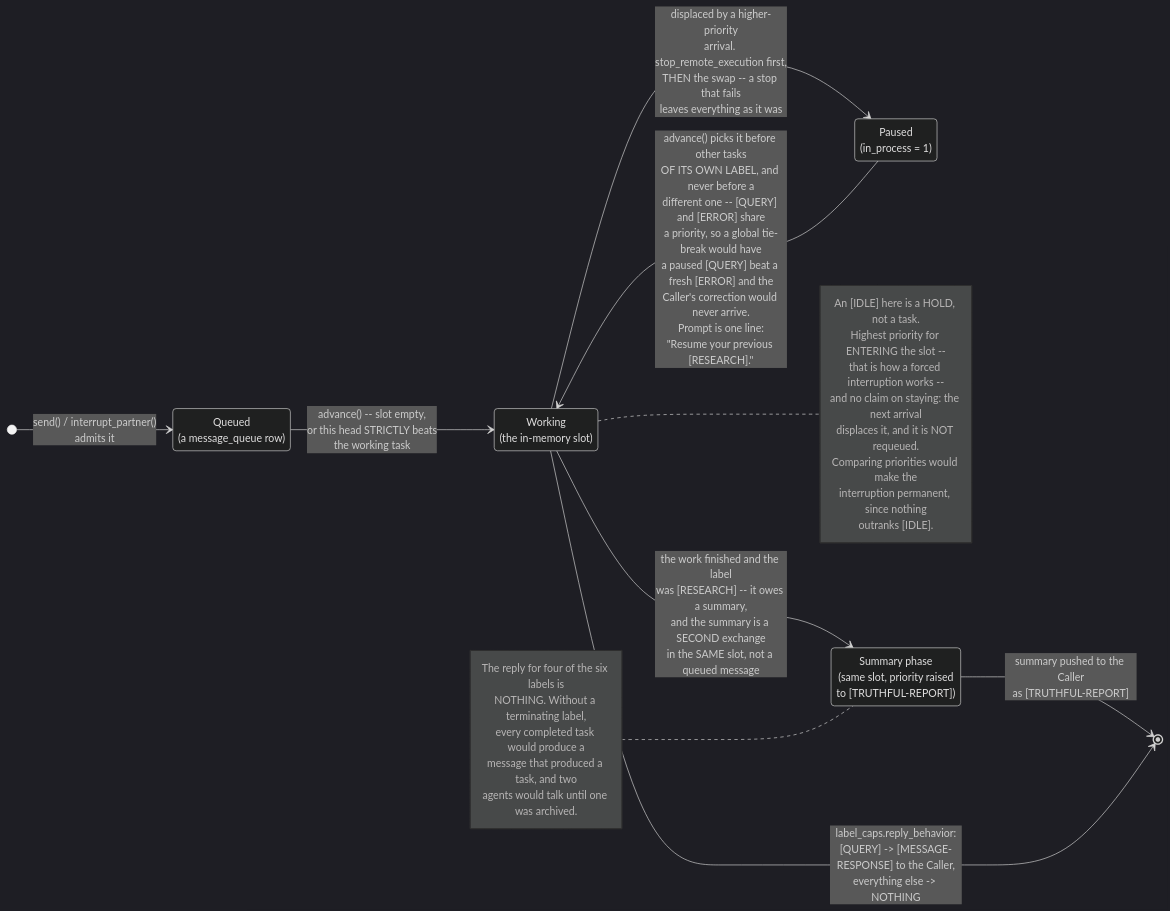
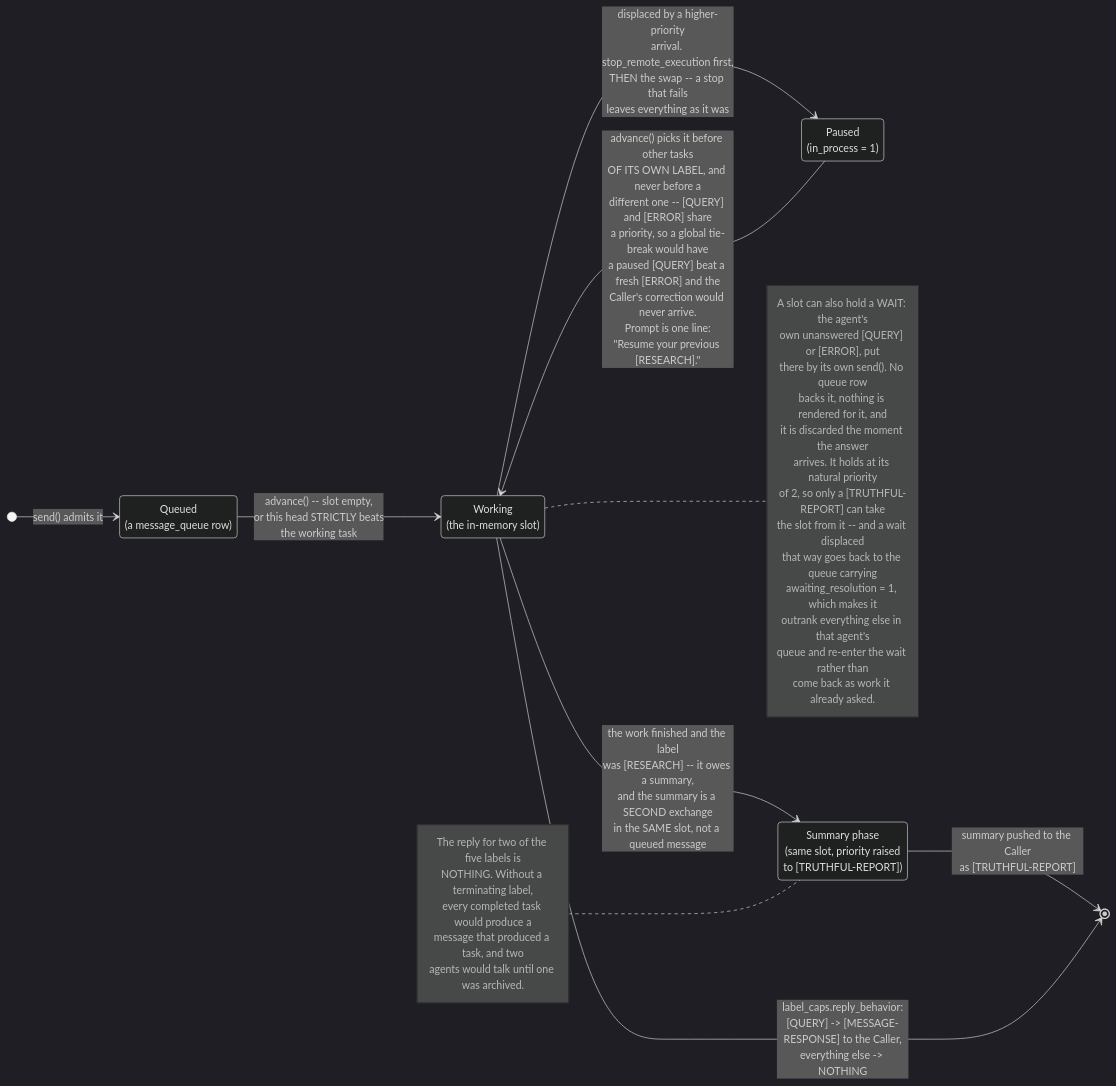
Before and after one commit to CSScientist123/agent-messaging-mcp-server: the diagram in visualizations/05-working-slot.mmd, drawn with Mermaid (dark theme). The commit also changed 33 other files, not shown here.

```diff
--- a/visualizations/05-working-slot.mmd
+++ b/visualizations/05-working-slot.mmd
@@ -1,44 +1,49 @@
 %% 05-working-slot.mmd
 %% What replaced the five-state machine: a task is queued, or it holds the working
 %% slot, or it is neither. There is no third place for it to be, and so no state
 %% column that can disagree with where the task actually is.
 stateDiagram-v2
     direction LR
 
     state "Queued<br/>(a message_queue row)" as Queued
     state "Paused<br/>(in_process = 1)" as Paused
     state "Working<br/>(the in-memory slot)" as Working
     state "Summary phase<br/>(same slot, priority raised<br/>to [TRUTHFUL-REPORT])" as Summary
 
-    [*] --> Queued : send() / interrupt_partner()<br/>admits it
+    [*] --> Queued : send() admits it
 
     Queued --> Working : advance() -- slot empty,<br/>or this head STRICTLY beats<br/>the working task
 
     Working --> Paused : displaced by a higher-priority<br/>arrival. stop_remote_execution first,<br/>THEN the swap -- a stop that fails<br/>leaves everything as it was
 
     Paused --> Working : advance() picks it before other tasks<br/>OF ITS OWN LABEL, and never before a<br/>different one -- [QUERY] and [ERROR] share<br/>a priority, so a global tie-break would have<br/>a paused [QUERY] beat a fresh [ERROR] and the<br/>Caller\'s correction would never arrive.<br/>Prompt is one line:<br/>"Resume your previous [RESEARCH]."
 
     Working --> Summary : the work finished and the label<br/>was [RESEARCH] -- it owes a summary,<br/>and the summary is a SECOND exchange<br/>in the SAME slot, not a queued message
 
     Summary --> [*] : summary pushed to the Caller<br/>as [TRUTHFUL-REPORT]
 
     Working --> [*] : label_caps.reply_behavior:<br/>[QUERY] -> [MESSAGE-RESPONSE] to the Caller,<br/>everything else -> NOTHING
 
     note right of Working
-        An [IDLE] here is a HOLD, not a task.
-        Highest priority for ENTERING the slot --
-        that is how a forced interruption works --
-        and no claim on staying: the next arrival
-        displaces it, and it is NOT requeued.
-        Comparing priorities would make the
-        interruption permanent, since nothing
-        outranks [IDLE].
+        A slot can also hold a WAIT: the agent's
+        own unanswered [QUERY] or [ERROR], put
+        there by its own send(). No queue row
+        backs it, nothing is rendered for it, and
+        it is discarded the moment the answer
+        arrives. It holds at its natural priority
+        of 2, so only a [TRUTHFUL-REPORT] can take
+        the slot from it -- and a wait displaced
+        that way goes back to the queue carrying
+        awaiting_resolution = 1, which makes it
+        outrank everything else in that agent's
+        queue and re-enter the wait rather than
+        come back as work it already asked.
     end note
 
     note left of Summary
-        The reply for four of the six labels is
+        The reply for two of the five labels is
         NOTHING. Without a terminating label,
         every completed task would produce a
         message that produced a task, and two
         agents would talk until one was archived.
     end note
```
